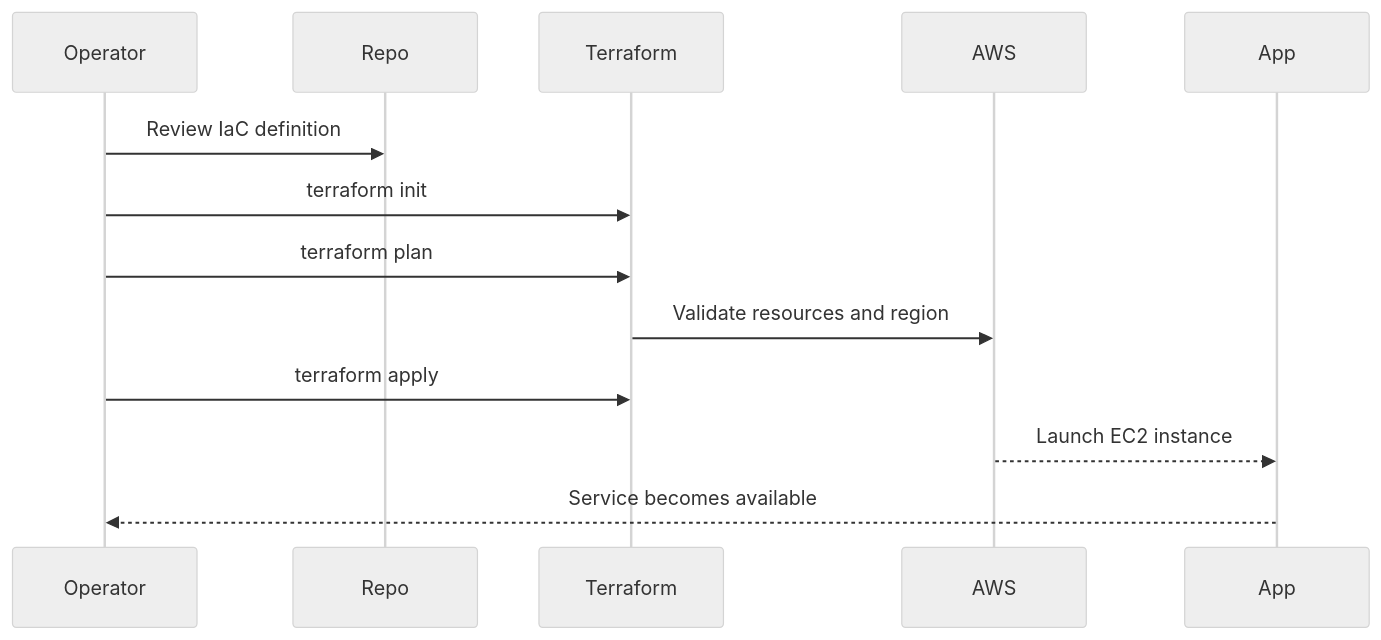
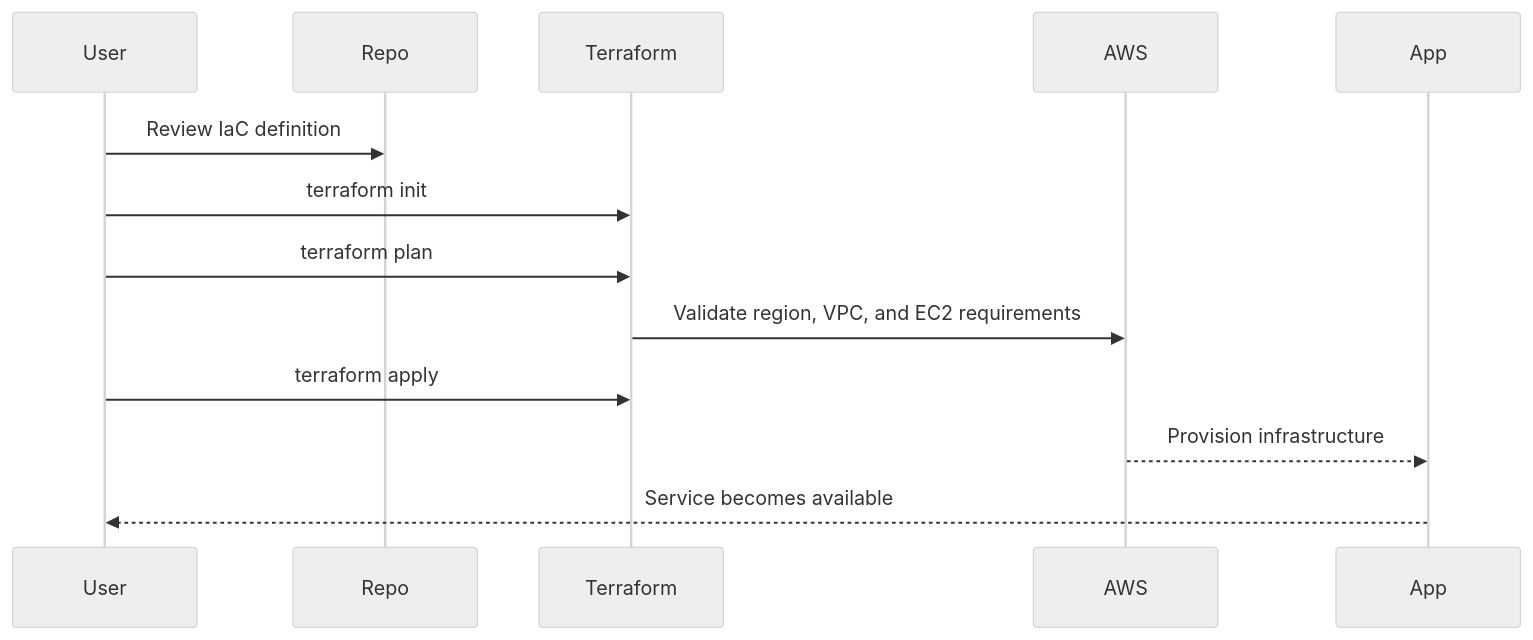
One commit to mohddilshadkhan2003/-IaC-Provisioning-for-Telecomm-System changed the second of 2 diagrams in README.md. Above: the diagram before and after it, drawn with Mermaid (neutral theme). The commit also changed other lines of this file, not shown here.

````diff
--- a/README.md
+++ b/README.md
@@ -44,16 +44,16 @@
 ```mermaid
 sequenceDiagram
-    participant Operator
+    participant User
     participant Repo
     participant Terraform
     participant AWS
     participant App
 
-    Operator->>Repo: Review IaC definition
-    Operator->>Terraform: terraform init
-    Operator->>Terraform: terraform plan
-    Terraform->>AWS: Validate resources and region
-    Operator->>Terraform: terraform apply
-    AWS-->>App: Launch EC2 instance
-    App-->>Operator: Service becomes available
+    User->>Repo: Review IaC definition
+    User->>Terraform: terraform init
+    User->>Terraform: terraform plan
+    Terraform->>AWS: Validate region, VPC, and EC2 requirements
+    User->>Terraform: terraform apply
+    AWS-->>App: Provision infrastructure
+    App-->>User: Service becomes available
 ```
````
